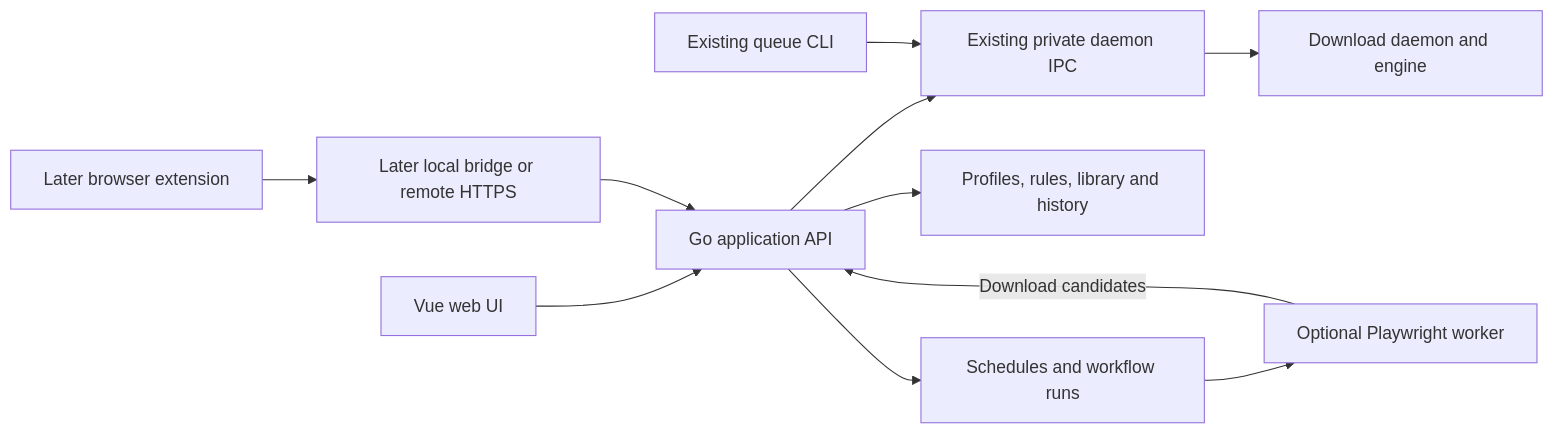
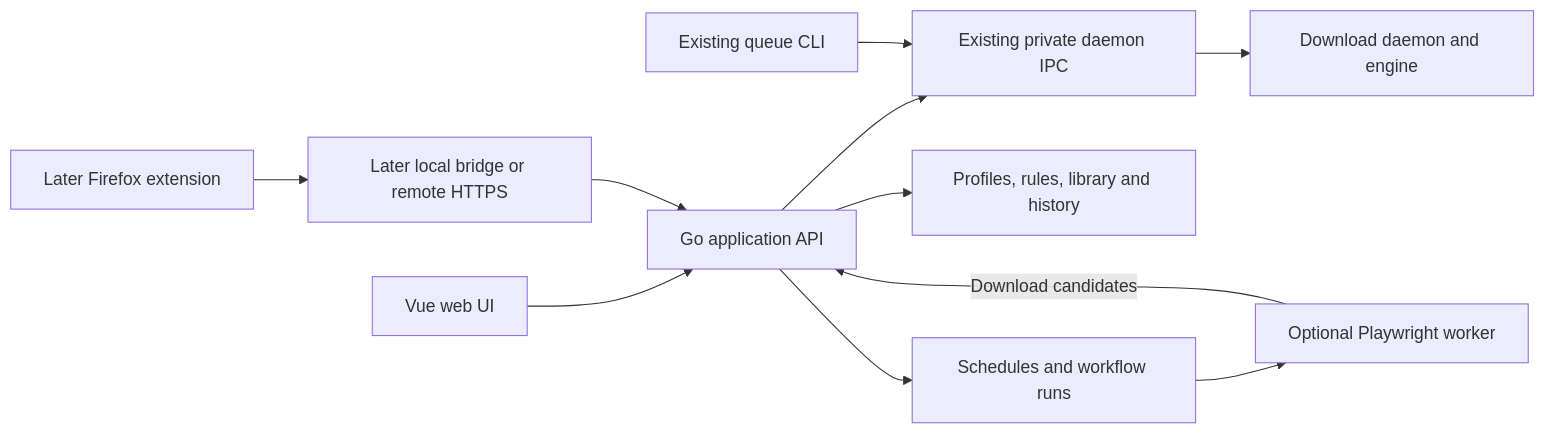
The third of 3 diagrams in docs/architecture.md (devkcud/ydl-re), drawn with Mermaid before and after one commit. The commit also changed 7 other files, not shown here.

Commit message:
Plan Firefox extension download interception

````diff
--- a/docs/architecture.md
+++ b/docs/architecture.md
@@ -167,13 +167,13 @@
 ```mermaid
 flowchart LR
     UI[Vue web UI] --> App[Go application API]
-    Extension[Later browser extension] --> Bridge[Later local bridge or remote HTTPS]
+    Extension[Later Firefox extension] --> Bridge[Later local bridge or remote HTTPS]
     Bridge --> App
     App --> IPC[Existing private daemon IPC]
     CLI[Existing queue CLI] --> IPC
     IPC --> Daemon[Download daemon and engine]
     App --> Data[Profiles, rules, library and history]
     App --> Runs[Schedules and workflow runs]
     Runs --> Browser[Optional Playwright worker]
     Browser -->|Download candidates| App
 ```
````
